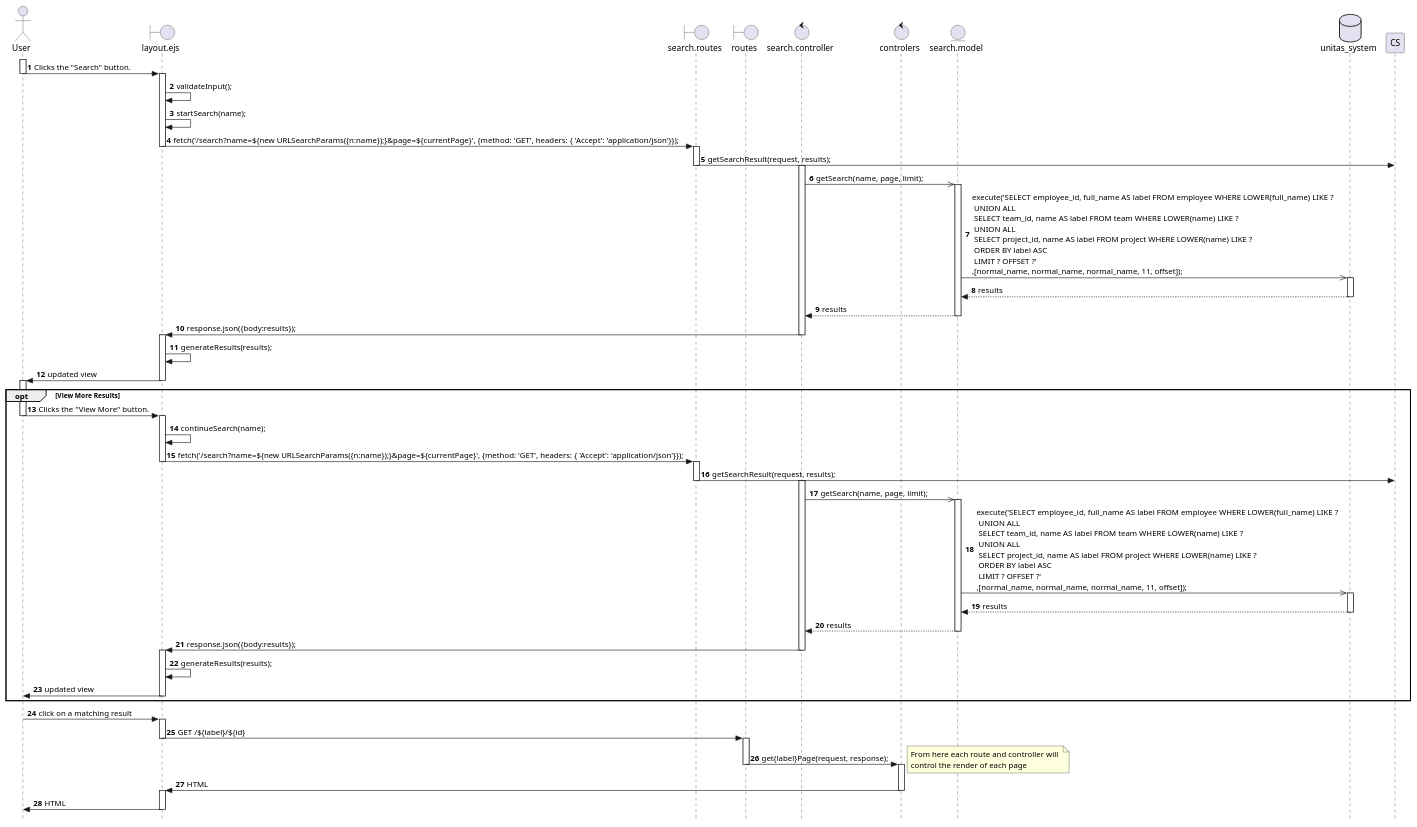
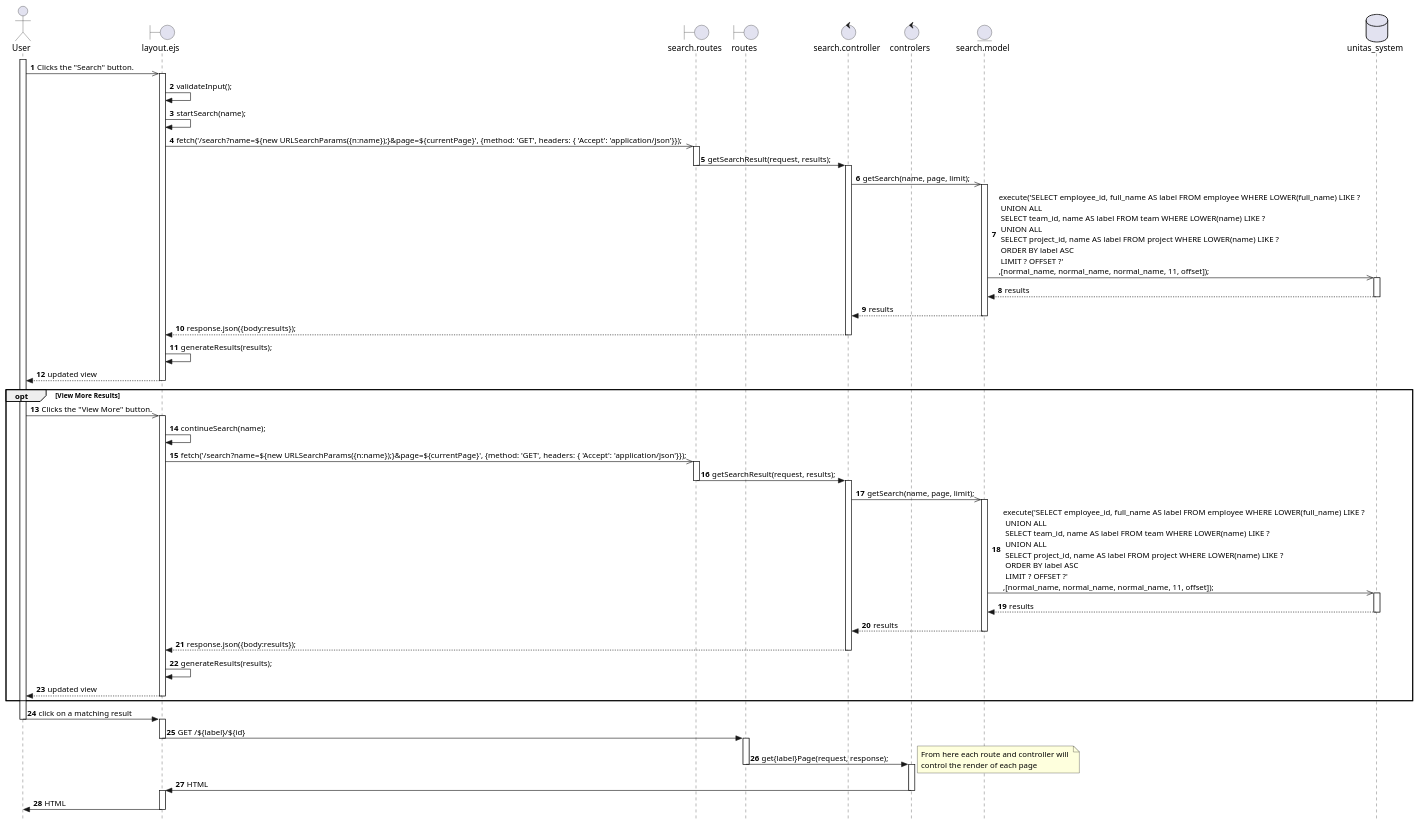
One commit to Berthou05/LimboSoftwareDevelopment_Change.org changed the diagram in documentation/sequence_diagrams/HS-01-SD.puml. Above: the diagram before and after it, drawn with PlantUML. The commit also changed 17 other files, not shown here.

Commit message:
[DOCS]: Update of the Sequence Diagrams ADMIN-02, 03, 04, AUTH-01, EMP-01, EMP-05, HS-01, PROJ-02, 03, 07, 09, 10, 11, 13, TEAM-03, 05, 06

```diff
--- a/documentation/sequence_diagrams/HS-01-SD.puml
+++ b/documentation/sequence_diagrams/HS-01-SD.puml
@@ -1,89 +1,81 @@
 @startuml
 skinparam style strictuml
 
 actor User as U
 boundary "layout.ejs" as V
 boundary "search.routes" as RO
 boundary "routes" as RR
 control "search.controller" as C
 control "controlers" as CC
 entity "search.model" as S
 database "unitas_system" as BD
 
 autonumber
 
 activate U
-U->V: Clicks the "Search" button.
-deactivate U
+U->>V: Clicks the "Search" button.
     activate V
     V->V:validateInput();
     V->V:startSearch(name);
-    V->RO:fetch('/search?name=${new URLSearchParams({n:name});}&page=${currentPage}', {method: 'GET', headers: { 'Accept': 'application/json'}});
-    deactivate V
+    V->>RO:fetch('/search?name=${new URLSearchParams({n:name});}&page=${currentPage}', {method: 'GET', headers: { 'Accept': 'application/json'}});
         activate RO
-        RO->CS: getSearchResult(request, results); 
+        RO->C: getSearchResult(request, results); 
         deactivate RO
             activate C
             C->>S: getSearch(name, page, limit);
                 activate S
                 S->>BD: execute('SELECT employee_id, full_name AS label FROM employee WHERE LOWER(full_name) LIKE ? \n UNION ALL\n SELECT team_id, name AS label FROM team WHERE LOWER(name) LIKE ?\n UNION ALL \n SELECT project_id, name AS label FROM project WHERE LOWER(name) LIKE ?\n ORDER BY label ASC \n LIMIT ? OFFSET ?'\n,[normal_name, normal_name, normal_name, 11, offset]);
                     activate BD
                     BD-->S:results
                     deactivate BD
                 S-->C: results
                 deactivate S
-            C->V: response.json({body:results});
+            C-->V: response.json({body:results});
             deactivate C
-    activate V
     V->V:generateResults(results);
-    V->U:updated view
+    V-->U:updated view
     deactivate V
 
 opt View More Results
-activate U
-U->V: Clicks the "View More" button.
-deactivate U
+U->>V: Clicks the "View More" button.
     activate V
     V->V:continueSearch(name);
-    V->RO:fetch('/search?name=${new URLSearchParams({n:name});}&page=${currentPage}', {method: 'GET', headers: { 'Accept': 'application/json'}});
-    deactivate V
+    V->>RO:fetch('/search?name=${new URLSearchParams({n:name});}&page=${currentPage}', {method: 'GET', headers: { 'Accept': 'application/json'}});
         activate RO
-        RO->CS: getSearchResult(request, results); 
+        RO->C: getSearchResult(request, results); 
         deactivate RO
             activate C
             C->>S: getSearch(name, page, limit);
                 activate S
                 S->>BD: execute('SELECT employee_id, full_name AS label FROM employee WHERE LOWER(full_name) LIKE ? \n UNION ALL\n SELECT team_id, name AS label FROM team WHERE LOWER(name) LIKE ?\n UNION ALL \n SELECT project_id, name AS label FROM project WHERE LOWER(name) LIKE ?\n ORDER BY label ASC \n LIMIT ? OFFSET ?'\n,[normal_name, normal_name, normal_name, 11, offset]);
                     activate BD
                     BD-->S:results
                     deactivate BD
                 S-->C: results
                 deactivate S
-            C->V: response.json({body:results});
+            C-->V: response.json({body:results});
             deactivate C
-    activate V
     V->V:generateResults(results);
-    V->U:updated view
+    V-->U:updated view
     deactivate V
 end
-activate U
 U->V: click on a matching result
 deactivate U
     activate V
         V->RR: GET /${label}/${id}
     deactivate V
             activate RR
                 RR->CC: get{label}Page(request, response);
             deactivate RR
                     activate CC
                         note right
                         From here each route and controller will 
                         control the render of each page
                         end note
                         CC->V: HTML
                     deactivate CC
     activate V
         V->U: HTML
     deactivate V
 
 @enduml
```
